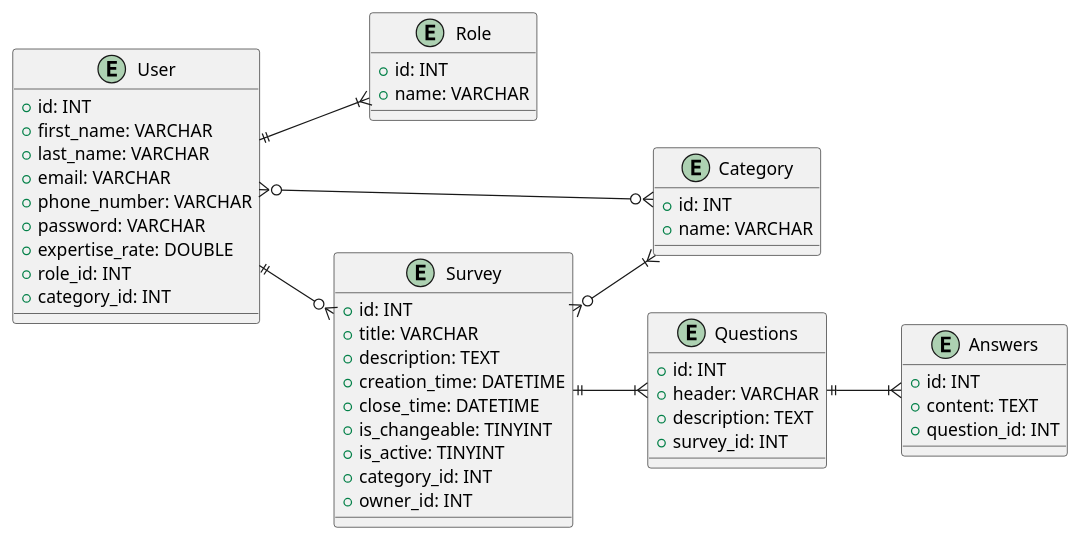
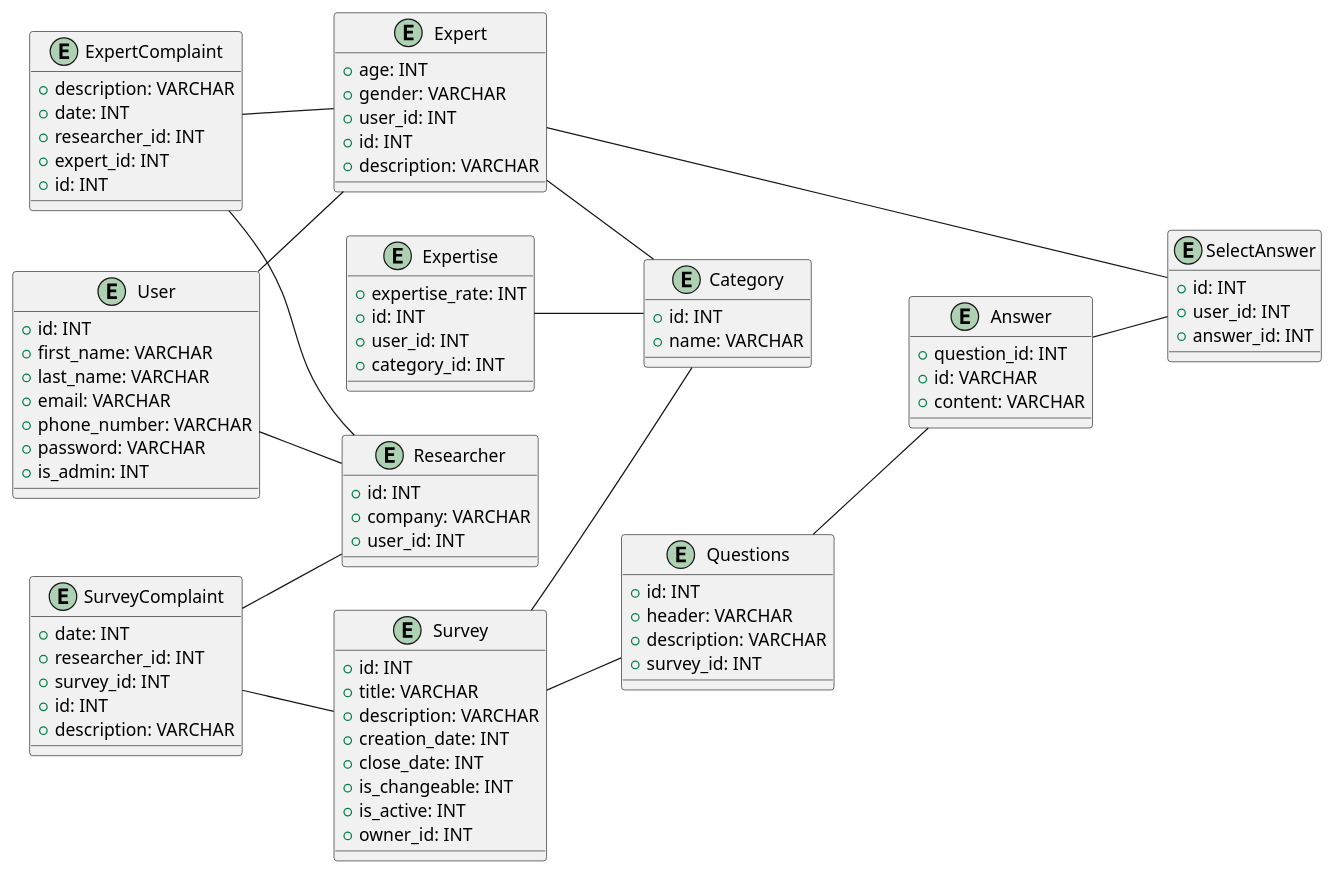
One commit to generalmaks/db_labs changed the second of 2 diagrams in docs/design.md. Above: the diagram before and after it, drawn with PlantUML.

Commit message:
add ER-diagram text

````diff
--- a/docs/design.md
+++ b/docs/design.md
@@ -172,58 +172,111 @@
 
 left to right direction
   
-  entity "Role" {
-    + id: INT
-    + name: VARCHAR
-  }
   
-  entity "User" {
+   entity "User" {
     + id: INT 
     + first_name: VARCHAR
     + last_name: VARCHAR
     + email: VARCHAR
     + phone_number: VARCHAR
     + password: VARCHAR
-    + expertise_rate: DOUBLE
-    + role_id: INT
-    + category_id: INT
+    + is_admin: INT
+  }
+  
+  entity "Researcher" {
+    + id: INT 
+    + company: VARCHAR
+    + user_id: INT
+  }
+  
+  entity "Expert" {
+    + age: INT 
+    + gender: VARCHAR
+    + user_id: INT
+    + id: INT
+    + description: VARCHAR
+  }
+  
+   entity "ExpertComplaint" {
+    + description: VARCHAR 
+    + date: INT
+    + researcher_id: INT
+    + expert_id: INT
+    + id: INT
+  }
+  
+  entity "SurveyComplaint" {
+    + date: INT 
+    + researcher_id: INT
+    + survey_id: INT
+    + id: INT
+    + description: VARCHAR
+  }
+  
+   entity "Survey" {
+    + id: INT
+    + title: VARCHAR 
+    + description: VARCHAR
+    + creation_date: INT
+    + close_date: INT
+    + is_changeable: INT
+    + is_active: INT
+    + owner_id: INT
+  }
+  
+   entity "Questions" {
+    + id: INT
+    + header: VARCHAR 
+    + description: VARCHAR
+    + survey_id: INT
+  }
+  
+  entity "Answer" {
+    + question_id: INT
+    + id: VARCHAR 
+    + content: VARCHAR
   }
   
   entity "Category" {
     + id: INT
-    + name: VARCHAR
+    + name: VARCHAR 
   }
   
-  entity "Survey" {
-    + id: INT
-    + title: VARCHAR
-    + description: TEXT
-    + creation_time: DATETIME 
-    + close_time: DATETIME
-    + is_changeable: TINYINT
-    + is_active: TINYINT
-    + category_id: INT 
-    + owner_id: INT
+   entity "Expertise" {
+    + expertise_rate: INT
+    + id: INT 
+    + user_id: INT
+    + category_id: INT
   }
   
-  entity "Questions" {
-    + id: INT
-    + header: VARCHAR
-    + description: TEXT
-    + survey_id: INT
+  entity "SelectAnswer" {
+    + id: INT 
+    + user_id: INT
+    + answer_id: INT
   }
+    
   
-  entity "Answers" {
-    + id: INT
-    + content: TEXT
-    + question_id: INT
-  }
+  "User" -- "Researcher"
+  "User" -- "Expert"
   
-  "User" ||--|{ "Role"
-  "User" }o--o{ "Category"
-  "User" ||--o{ "Survey"
-  "Survey" ||--|{ "Questions"
-  "Questions" ||--|{ "Answers"
-  "Survey" }o--|{ "Category"
+  "SurveyComplaint" -- "Researcher"
+  "SurveyComplaint" -- "Survey"
+  "Survey" -- "Questions"
+  
+  "Questions" -- "Answer"
+  
+  "ExpertComplaint" -- "Expert"
+  "ExpertComplaint" -- "Researcher"
+  
+  
+  "Expert" -- "Category"
+  "Survey" -- "Category"
+  
+  "Expertise" -- "Category"
+  
+  "Expert" -- "SelectAnswer"
+  "Answer" -- "SelectAnswer"
+  
+
 @enduml
 ```
````
